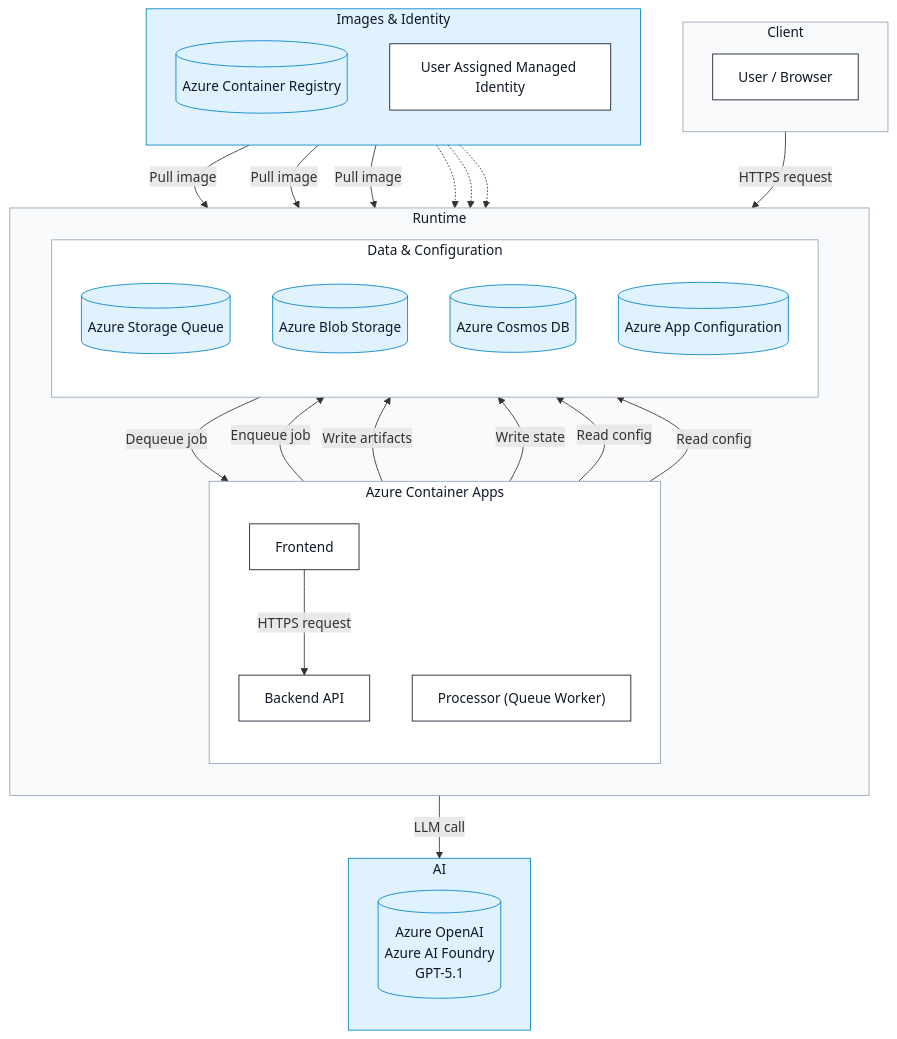
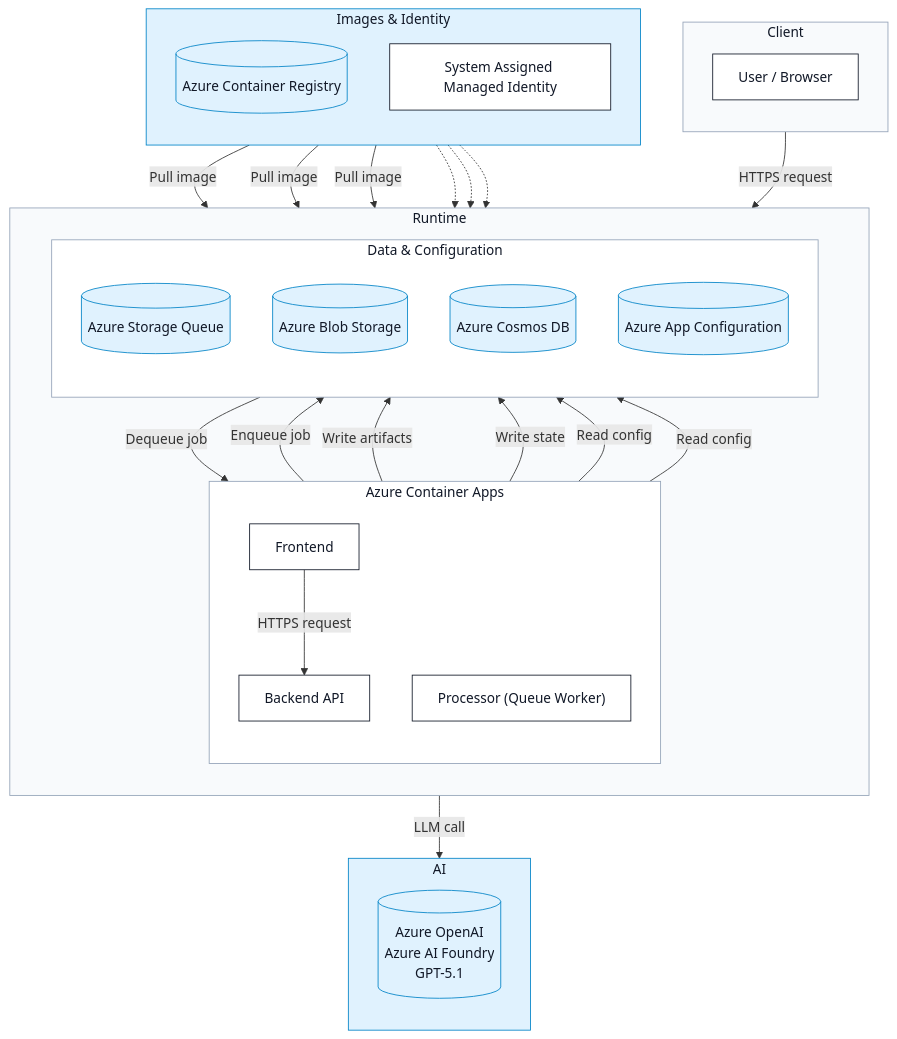
One commit to microsoft/Container-Migration-Solution-Accelerator changed the second of 2 diagrams in README.md. Above: the diagram before and after it, drawn with Mermaid. The commit also changed other lines of this file and 17 other files, not shown here.

```diff
--- a/README.md
+++ b/README.md
@@ -183,7 +186,7 @@
    subgraph BUILD["Images & Identity"]
       direction TB
       ACR[("Azure Container Registry")]
-      ID["User Assigned Managed Identity"]
+      ID["System Assigned Managed Identity"]
    end
 
    %% User flow
```
